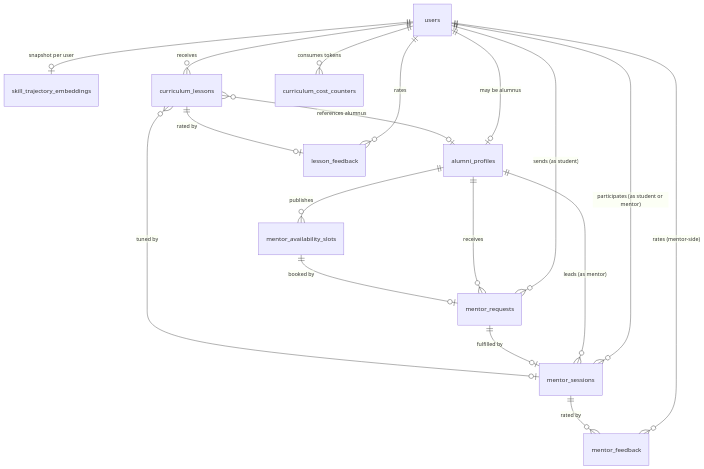
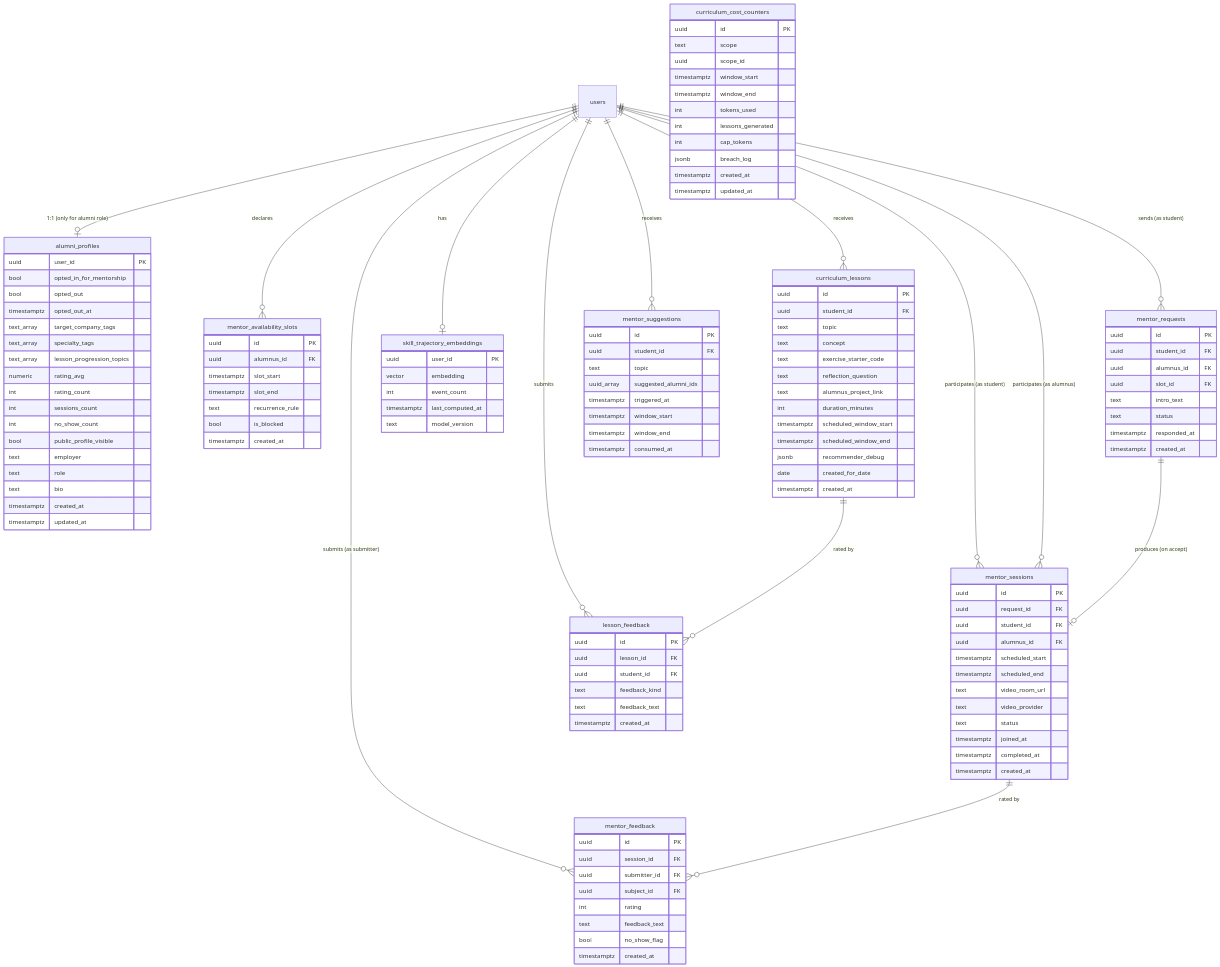
The diagram in specs/007-adaptive-learning-graph/data-model.md (sharonjoseph12/Anatrix_my), drawn with Mermaid before and after one commit. The commit also changed other lines of this file and 55 other files, not shown here.

````diff
--- a/specs/007-adaptive-learning-graph/data-model.md
+++ b/specs/007-adaptive-learning-graph/data-model.md
@@ -23,23 +19,133 @@
 ```mermaid
 erDiagram
-    users ||--o| alumni_profiles : "may be alumnus"
-    users ||--o| skill_trajectory_embeddings : "snapshot per user"
+    users ||--o| alumni_profiles : "1:1 (only for alumni role)"
+    users ||--o{ mentor_availability_slots : "declares"
+    users ||--o{ mentor_requests : "sends (as student)"
+    users ||--o{ mentor_sessions : "participates (as student)"
+    users ||--o{ mentor_sessions : "participates (as alumnus)"
+    users ||--o{ mentor_feedback : "submits (as submitter)"
+    users ||--o| skill_trajectory_embeddings : "has"
     users ||--o{ curriculum_lessons : "receives"
-    users ||--o{ lesson_feedback : "rates"
-    users ||--o{ mentor_feedback : "rates (mentor-side)"
-    users ||--o{ mentor_requests : "sends (as student)"
-    users ||--o{ mentor_sessions : "participates (as student or mentor)"
-    users ||--o{ curriculum_cost_counters : "consumes tokens"
+    users ||--o{ lesson_feedback : "submits"
+    users ||--o{ mentor_suggestions : "receives"
 
-    alumni_profiles ||--o{ mentor_availability_slots : "publishes"
-    alumni_profiles ||--o{ mentor_requests : "receives"
-    alumni_profiles ||--o{ mentor_sessions : "leads (as mentor)"
+    mentor_requests ||--o| mentor_sessions : "produces (on accept)"
+    mentor_sessions ||--o{ mentor_feedback : "rated by"
+    curriculum_lessons ||--o{ lesson_feedback : "rated by"
 
-    mentor_availability_slots ||--o| mentor_requests : "booked by"
-    mentor_requests ||--o| mentor_sessions : "fulfilled by"
-    mentor_sessions ||--o{ mentor_feedback : "rated by"
-
-    curriculum_lessons ||--o| lesson_feedback : "rated by"
-    curriculum_lessons }o--o| alumni_profiles : "references alumnus"
-    curriculum_lessons }o--o| mentor_sessions : "tuned by"
+    alumni_profiles {
+        uuid user_id PK
+        bool opted_in_for_mentorship
+        bool opted_out
+        timestamptz opted_out_at
+        text_array target_company_tags
+        text_array specialty_tags
+        text_array lesson_progression_topics
+        numeric rating_avg
+        int rating_count
+        int sessions_count
+        int no_show_count
+        bool public_profile_visible
+        text employer
+        text role
+        text bio
+        timestamptz created_at
+        timestamptz updated_at
+    }
+    mentor_availability_slots {
+        uuid id PK
+        uuid alumnus_id FK
+        timestamptz slot_start
+        timestamptz slot_end
+        text recurrence_rule
+        bool is_blocked
+        timestamptz created_at
+    }
+    mentor_requests {
+        uuid id PK
+        uuid student_id FK
+        uuid alumnus_id FK
+        uuid slot_id FK
+        text intro_text
+        text status
+        timestamptz responded_at
+        timestamptz created_at
+    }
+    mentor_sessions {
+        uuid id PK
+        uuid request_id FK
+        uuid student_id FK
+        uuid alumnus_id FK
+        timestamptz scheduled_start
+        timestamptz scheduled_end
+        text video_room_url
+        text video_provider
+        text status
+        timestamptz joined_at
+        timestamptz completed_at
+        timestamptz created_at
+    }
+    mentor_feedback {
+        uuid id PK
+        uuid session_id FK
+        uuid submitter_id FK
+        uuid subject_id FK
+        int rating
+        text feedback_text
+        bool no_show_flag
+        timestamptz created_at
+    }
+    skill_trajectory_embeddings {
+        uuid user_id PK
+        vector embedding
+        int event_count
+        timestamptz last_computed_at
+        text model_version
+    }
+    curriculum_lessons {
+        uuid id PK
+        uuid student_id FK
+        text topic
+        text concept
+        text exercise_starter_code
+        text reflection_question
+        text alumnus_project_link
+        int duration_minutes
+        timestamptz scheduled_window_start
+        timestamptz scheduled_window_end
+        jsonb recommender_debug
+        date created_for_date
+        timestamptz created_at
+    }
+    lesson_feedback {
+        uuid id PK
+        uuid lesson_id FK
+        uuid student_id FK
+        text feedback_kind
+        text feedback_text
+        timestamptz created_at
+    }
+    curriculum_cost_counters {
+        uuid id PK
+        text scope
+        uuid scope_id
+        timestamptz window_start
+        timestamptz window_end
+        int tokens_used
+        int lessons_generated
+        int cap_tokens
+        jsonb breach_log
+        timestamptz created_at
+        timestamptz updated_at
+    }
+    mentor_suggestions {
+        uuid id PK
+        uuid student_id FK
+        text topic
+        uuid_array suggested_alumni_ids
+        timestamptz triggered_at
+        timestamptz window_start
+        timestamptz window_end
+        timestamptz consumed_at
+    }
 ```
````
